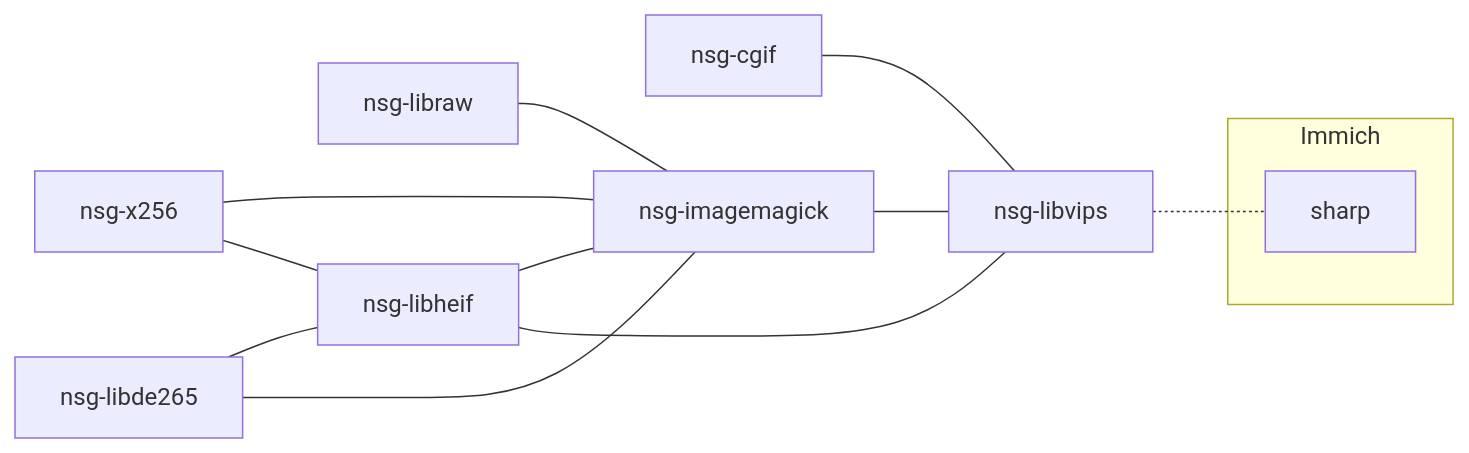
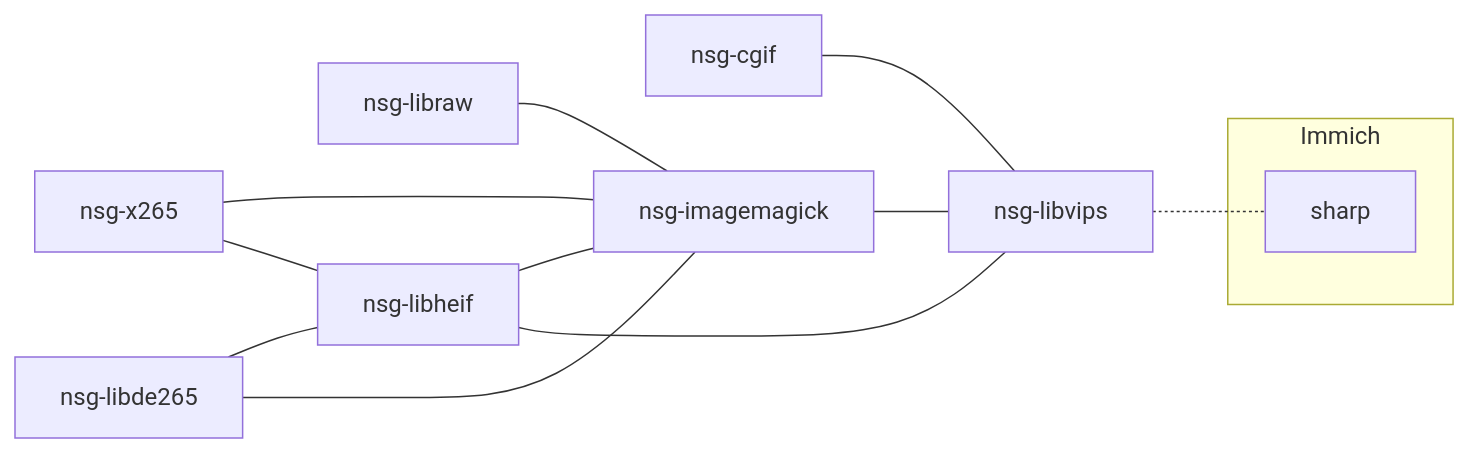
Before and after one commit to nsg/immich-distribution: the first of 3 diagrams in docs/docs/build/dependencies.md, drawn with Mermaid. The commit also changed other lines of this file, not shown here.

````diff
--- a/docs/docs/build/dependencies.md
+++ b/docs/docs/build/dependencies.md
@@ -17,18 +19,18 @@
 ```mermaid
 flowchart LR
 
 subgraph Immich
     sharp
 end
 
 nsg-cgif --- nsg-libvips
 nsg-libraw --- nsg-imagemagick
-nsg-x256 --- nsg-imagemagick
-nsg-x256 --- nsg-libheif
+nsg-x265 --- nsg-imagemagick
+nsg-x265 --- nsg-libheif
 nsg-libde265 --- nsg-libheif
 nsg-libde265 --- nsg-imagemagick
 nsg-libheif --- nsg-imagemagick
 nsg-libheif --- nsg-libvips
 nsg-imagemagick --- nsg-libvips
 nsg-libvips -.- sharp
 ```
````
